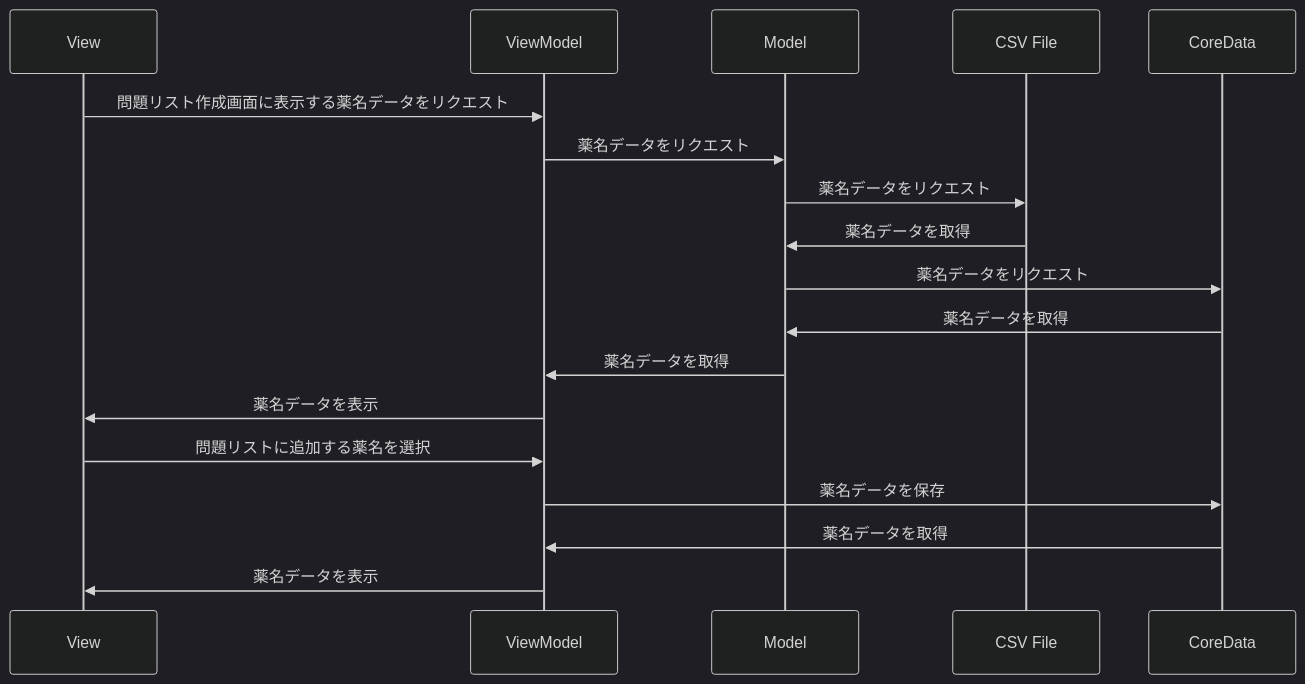
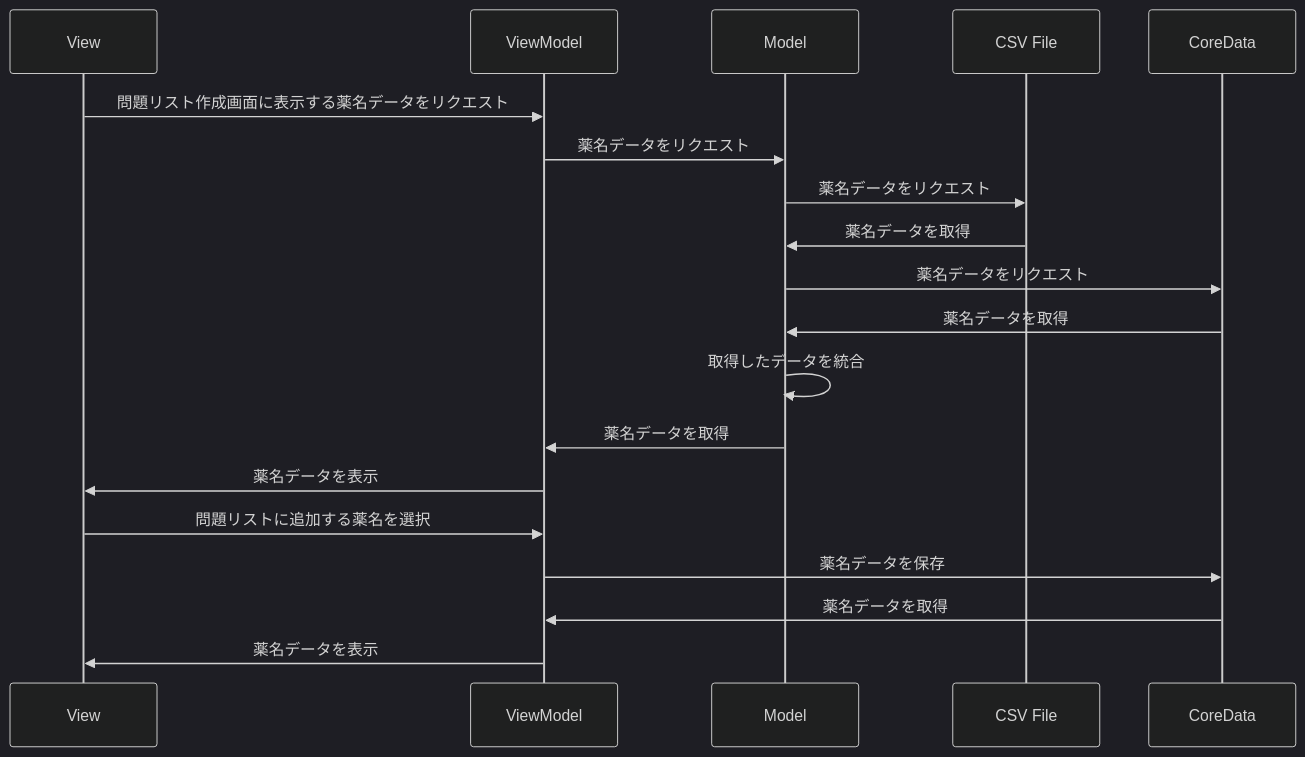
One commit to tas5521/MedicineNameQuiz changed the second of 4 diagrams in README.md. Above: the diagram before and after it, drawn with Mermaid (dark theme).

Commit message:
#137 取得したデータを統合する処理を追記

````diff
--- a/README.md
+++ b/README.md
@@ -155,20 +155,21 @@
 ```mermaid
 sequenceDiagram
     participant View
     participant ViewModel
     participant Model
     participant CSV File
     participant CoreData
     View->>ViewModel: 問題リスト作成画面に表示する薬名データをリクエスト
     ViewModel->>Model: 薬名データをリクエスト
     Model->>CSV File: 薬名データをリクエスト
     CSV File->>Model: 薬名データを取得
     Model->>CoreData: 薬名データをリクエスト
     CoreData->>Model: 薬名データを取得
+    Model->>Model: 取得したデータを統合
     Model->>ViewModel: 薬名データを取得
     ViewModel->>View: 薬名データを表示
     View->>ViewModel: 問題リストに追加する薬名を選択
     ViewModel->>CoreData: 薬名データを保存
     CoreData->>ViewModel: 薬名データを取得
     ViewModel->>View: 薬名データを表示
 ```
````
